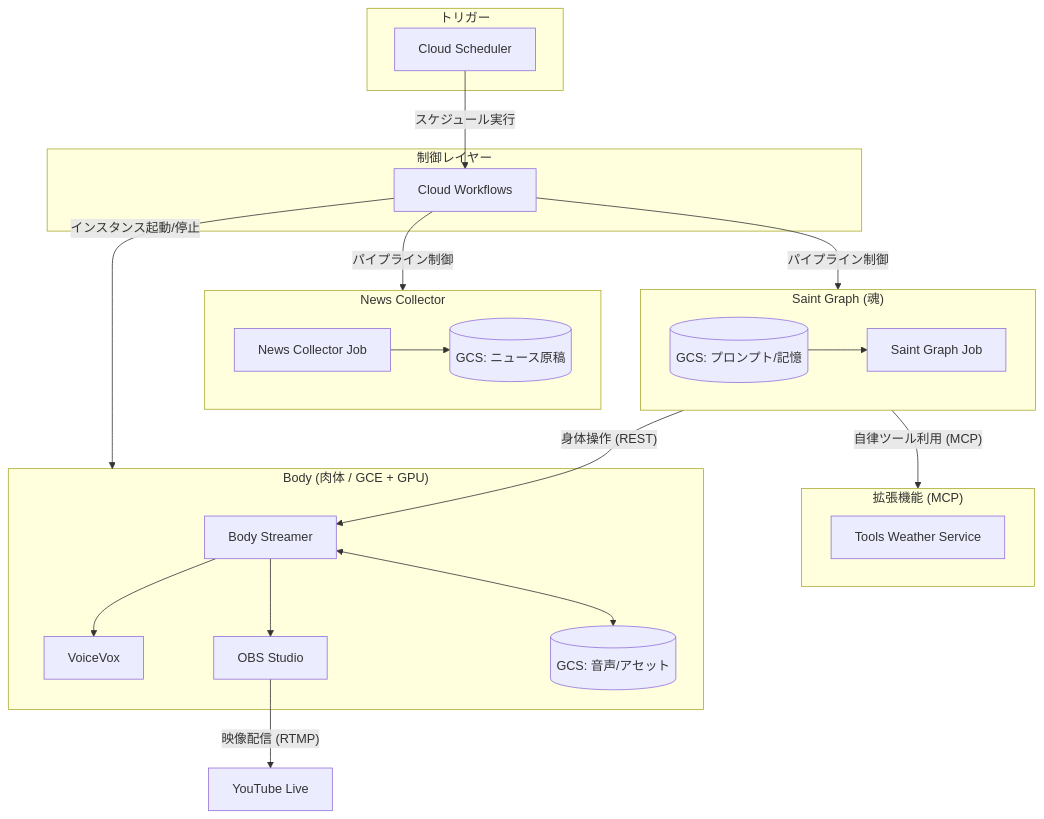
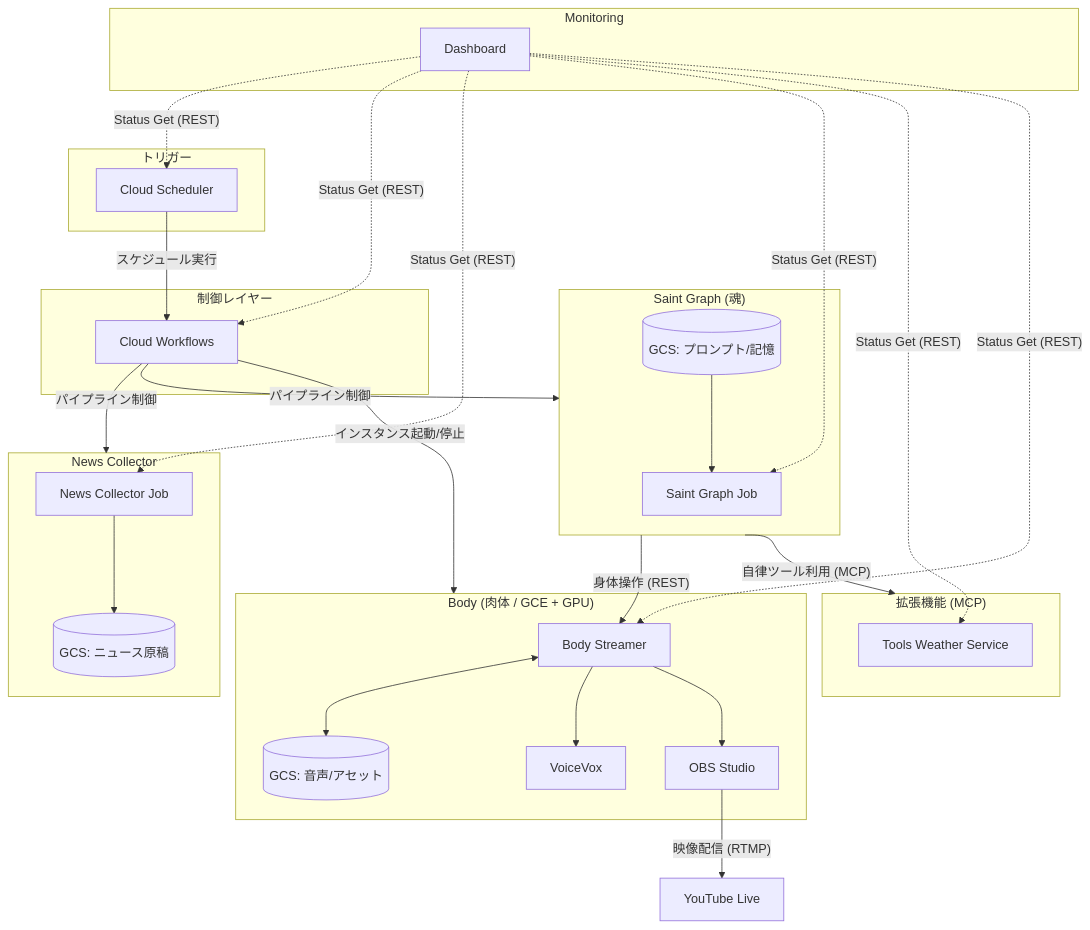
The diagram in README.md (koduki/ai-tuber), drawn with Mermaid before and after one commit. The commit also changed other lines of this file and 33 other files, not shown here.

````diff
--- a/README.md
+++ b/README.md
@@ -20,49 +20,61 @@
 ```mermaid
 graph TD
     subgraph Trigger ["トリガー"]
         CS[Cloud Scheduler]
     end
 
     subgraph Orchestration ["制御レイヤー"]
         CW[Cloud Workflows]
     end
 
     subgraph News ["News Collector"]
         NC[News Collector Job]
         GCS_N[(GCS: ニュース原稿)]
         NC --> GCS_N
     end
     
     subgraph SaintGraph ["Saint Graph (魂)"]
         SG[Saint Graph Job]
         GCS_P[(GCS: プロンプト/記憶)]
         GCS_P --> SG
     end
 
     subgraph Tools ["拡張機能 (MCP)"]
         TW[Tools Weather Service]
     end
 
     subgraph Body ["Body (肉体 / GCE + GPU)"]
         STR[Body Streamer]
         VV[VoiceVox]
         OBS[OBS Studio]
         GCS_M[(GCS: 音声/アセット)]
         STR <--> GCS_M
         STR --> VV
         STR --> OBS
     end
 
+    subgraph Monitoring ["Monitoring"]
+        DB[Dashboard]
+    end
+
     YT[YouTube Live]
 
     %% Flow
     CS -- "スケジュール実行" --> CW
     CW -- "パイプライン制御" --> News
     CW -- "パイプライン制御" --> SaintGraph
     CW -- "インスタンス起動/停止" --> Body
 
     %% Interactions
     SaintGraph -- "身体操作 (REST)" --> STR
     SaintGraph -- "自律ツール利用 (MCP)" --> Tools
     OBS -- "映像配信 (RTMP)" --> YT
+
+    %% Monitoring Connections
+    DB -. "Status Get (REST)" .-> CS
+    DB -. "Status Get (REST)" .-> CW
+    DB -. "Status Get (REST)" .-> NC
+    DB -. "Status Get (REST)" .-> SG
+    DB -. "Status Get (REST)" .-> TW
+    DB -. "Status Get (REST)" .-> STR
 ```
````
